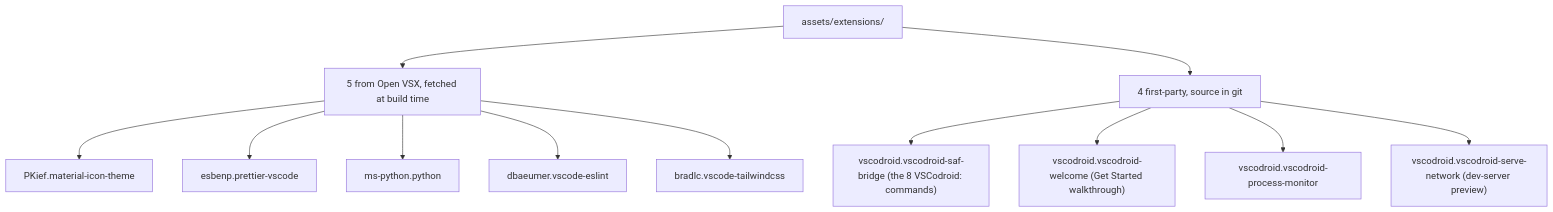
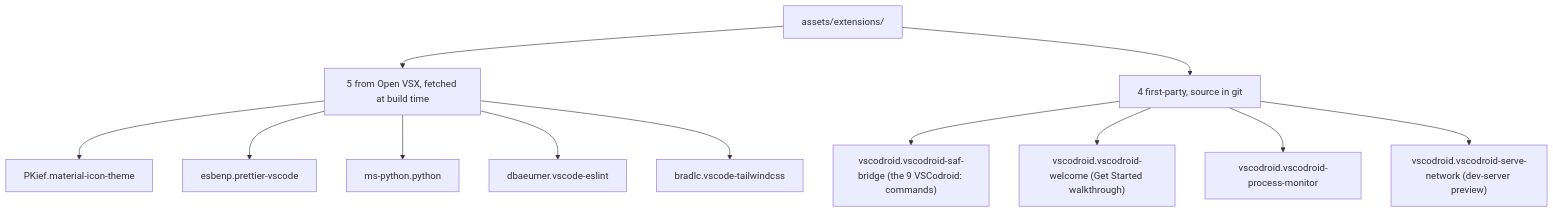
Before and after one commit to cuixinyuan666/vscodroid: the third of 3 diagrams in docs/05-API_SPEC.md, drawn with Mermaid. The commit also changed other lines of this file and 15 other files, not shown here.

````diff
--- a/docs/05-API_SPEC.md
+++ b/docs/05-API_SPEC.md
@@ -847,14 +893,14 @@
 ```mermaid
 flowchart TD
   ROOT["assets/extensions/"] --> T["5 from Open VSX, fetched at build time"]
   ROOT --> O["4 first-party, source in git"]
   T --> T1["PKief.material-icon-theme"]
   T --> T2["esbenp.prettier-vscode"]
   T --> T3["ms-python.python"]
   T --> T4["dbaeumer.vscode-eslint"]
   T --> T5["bradlc.vscode-tailwindcss"]
-  O --> O1["vscodroid.vscodroid-saf-bridge (the 8 VSCodroid: commands)"]
+  O --> O1["vscodroid.vscodroid-saf-bridge (the 9 VSCodroid: commands)"]
   O --> O2["vscodroid.vscodroid-welcome (Get Started walkthrough)"]
   O --> O3["vscodroid.vscodroid-process-monitor"]
   O --> O4["vscodroid.vscodroid-serve-network (dev-server preview)"]
 ```
````
